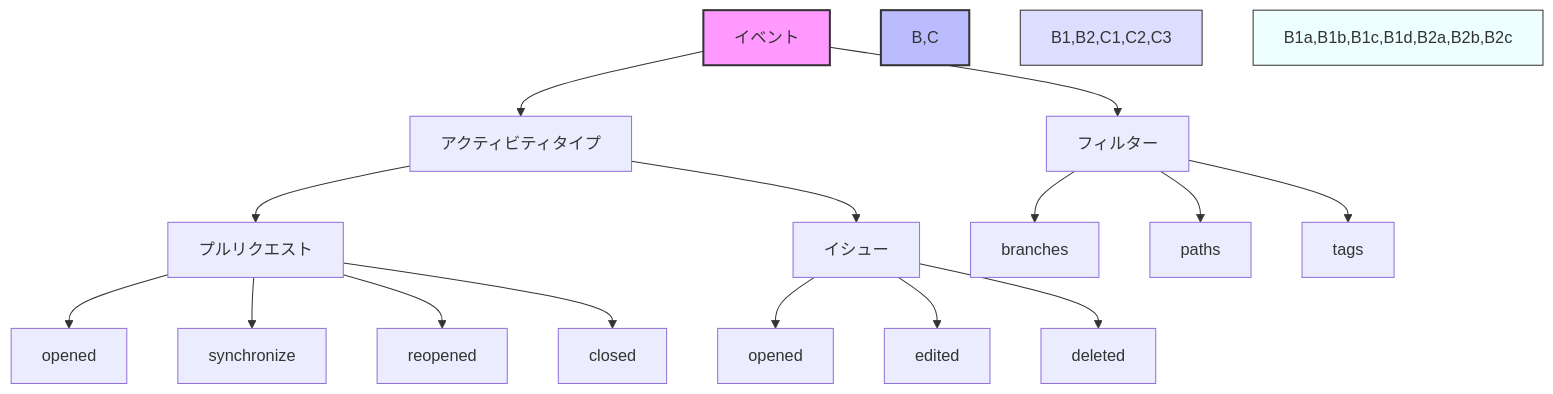
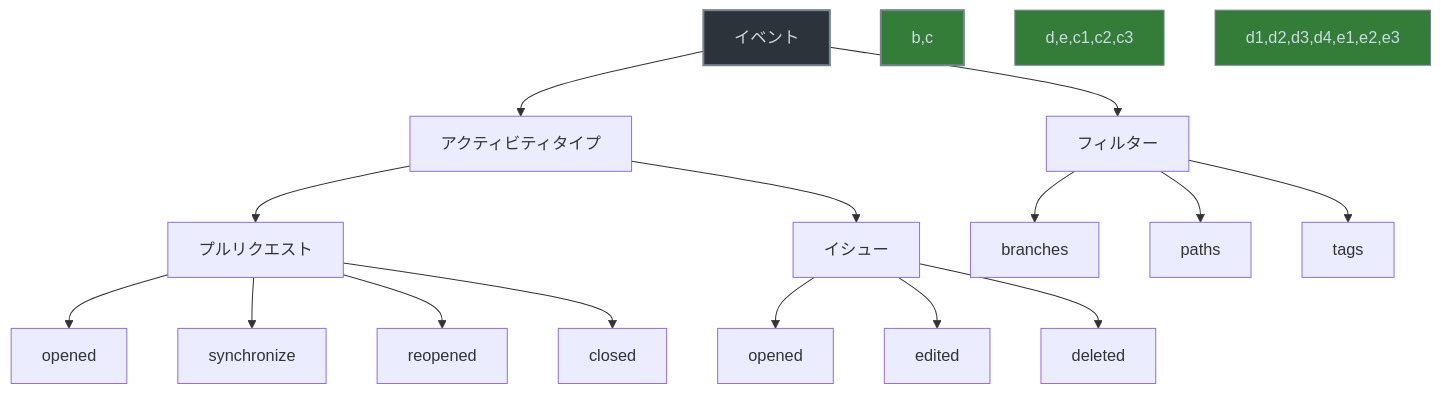
The diagram in docs/GitHub Actions/02_workflows_and_events/02-02_event activity types and filters.md (haruka-aibara/haruka-aibara), drawn with Mermaid before and after one commit. The commit also changed 4 other files, not shown here.

````diff
--- a/docs/GitHub Actions/02_workflows_and_events/02-02_event activity types and filters.md
+++ b/docs/GitHub Actions/02_workflows_and_events/02-02_event activity types and filters.md
@@ -3,26 +3,26 @@
 ```mermaid
 graph TD
-    A[イベント] --> B[アクティビティタイプ]
-    A --> C[フィルター]
+    a[イベント] --> b[アクティビティタイプ]
+    a --> c[フィルター]
     
-    B --> B1[プルリクエスト]
-    B --> B2[イシュー]
+    b --> d[プルリクエスト]
+    b --> e[イシュー]
     
-    B1 --> B1a[opened]
-    B1 --> B1b[synchronize]
-    B1 --> B1c[reopened]
-    B1 --> B1d[closed]
+    d --> d1[opened]
+    d --> d2[synchronize]
+    d --> d3[reopened]
+    d --> d4[closed]
     
-    B2 --> B2a[opened]
-    B2 --> B2b[edited]
-    B2 --> B2c[deleted]
+    e --> e1[opened]
+    e --> e2[edited]
+    e --> e3[deleted]
     
-    C --> C1[branches]
-    C --> C2[paths]
-    C --> C3[tags]
+    c --> c1[branches]
+    c --> c2[paths]
+    c --> c3[tags]
     
-    style A fill:#f9f,stroke:#333,stroke-width:2px
-    style B,C fill:#bbf,stroke:#333,stroke-width:2px
-    style B1,B2,C1,C2,C3 fill:#ddf,stroke:#333,stroke-width:1px
-    style B1a,B1b,B1c,B1d,B2a,B2b,B2c fill:#eff,stroke:#333,stroke-width:1px
+    style a fill:#2d333b,stroke:#768390,stroke-width:2px,color:#cdd9e5
+    style b,c fill:#347d39,stroke:#768390,stroke-width:2px,color:#cdd9e5
+    style d,e,c1,c2,c3 fill:#347d39,stroke:#768390,stroke-width:1px,color:#cdd9e5
+    style d1,d2,d3,d4,e1,e2,e3 fill:#347d39,stroke:#768390,stroke-width:1px,color:#cdd9e5
 ```
````
